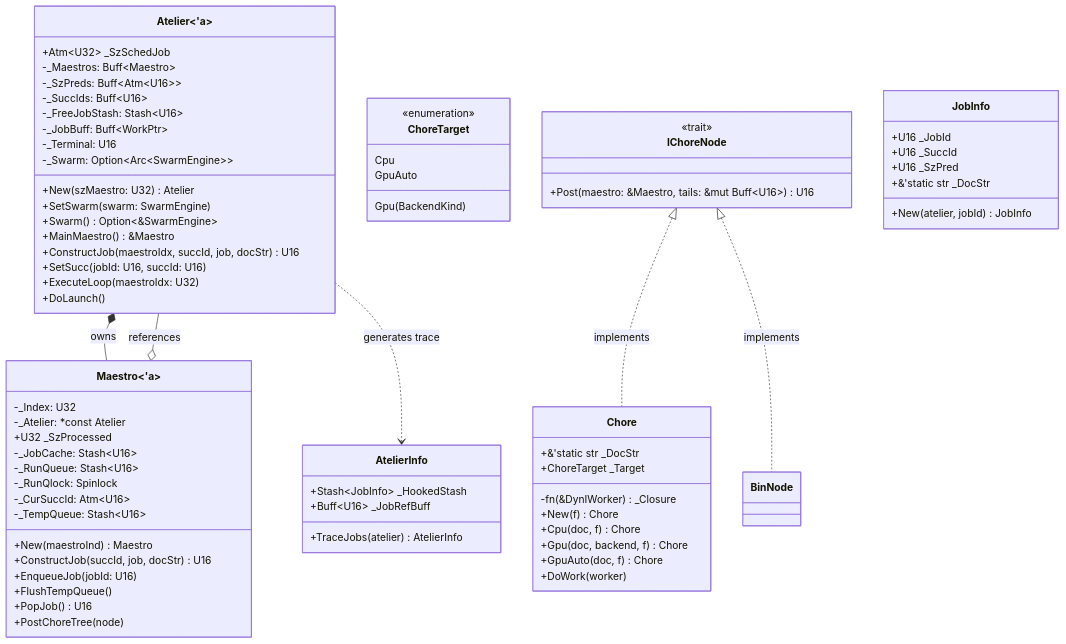
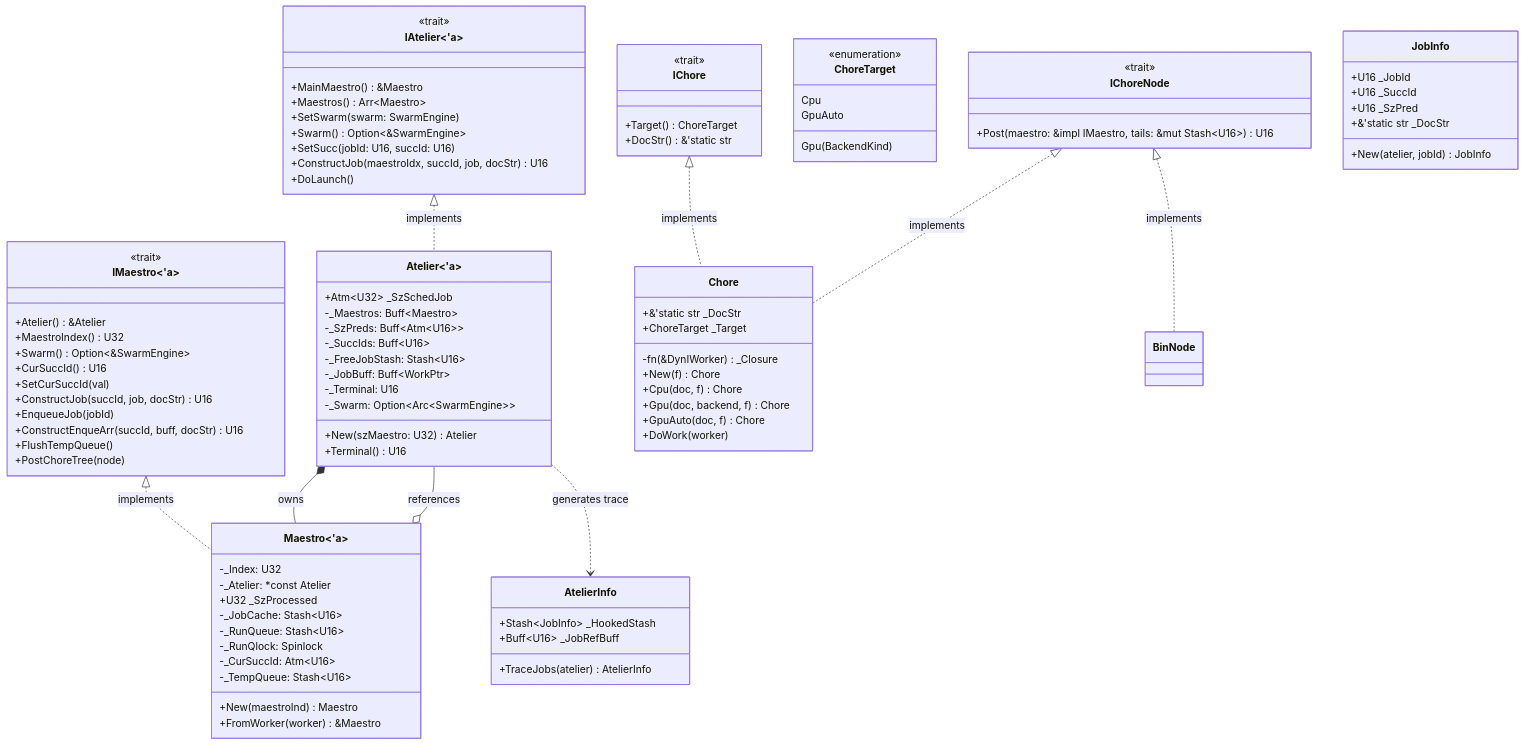
Before and after one commit to jswarup/Kosh: the first of 3 diagrams in wiki/Heist.md, drawn with Mermaid. The commit also changed other lines of this file and 10 other files, not shown here.

Commit message:
Refactor Heist with minimal IAtelier/IMaestro traits, private data members, and modular diagnostics

````diff
--- a/wiki/Heist.md
+++ b/wiki/Heist.md
@@ -15,5 +15,16 @@
 ```mermaid
 classDiagram
+    class IAtelier~'a~ {
+        <<trait>>
+        +MainMaestro() &Maestro
+        +Maestros() Arr~Maestro~
+        +SetSwarm(swarm: SwarmEngine)
+        +Swarm() Option~&SwarmEngine~
+        +SetSucc(jobId: U16, succId: U16)
+        +ConstructJob(maestroIdx, succId, job, docStr) U16
+        +DoLaunch()
+    }
+
     class Atelier~'a~ {
         +Atm~U32~ _SzSchedJob
         -_Maestros: Buff~Maestro~
@@ -24,13 +35,21 @@
         -_Terminal: U16
         -_Swarm: Option~Arc~SwarmEngine~~
         +New(szMaestro: U32) Atelier
-        +SetSwarm(swarm: SwarmEngine)
+        +Terminal() U16
+    }
+
+    class IMaestro~'a~ {
+        <<trait>>
+        +Atelier() &Atelier
+        +MaestroIndex() U32
         +Swarm() Option~&SwarmEngine~
-        +MainMaestro() &Maestro
-        +ConstructJob(maestroIdx, succId, job, docStr) U16
-        +SetSucc(jobId: U16, succId: U16)
-        +ExecuteLoop(maestroIdx: U32)
-        +DoLaunch()
+        +CurSuccId() U16
+        +SetCurSuccId(val)
+        +ConstructJob(succId, job, docStr) U16
+        +EnqueueJob(jobId)
+        +ConstructEnqueArr(succId, buff, docStr) U16
+        +FlushTempQueue()
+        +PostChoreTree(node)
     }
 
     class Maestro~'a~ {
@@ -43,11 +62,13 @@
         -_CurSuccId: Atm~U16~
         -_TempQueue: Stash~U16~
         +New(maestroInd) Maestro
-        +ConstructJob(succId, job, docStr) U16
-        +EnqueueJob(jobId: U16)
-        +FlushTempQueue()
-        +PopJob() U16
-        +PostChoreTree(node)
+        +FromWorker(worker) &Maestro
+    }
+
+    class IChore {
+        <<trait>>
+        +Target() ChoreTarget
+        +DocStr() &'static str
     }
 
     class Chore {
@@ -70,7 +91,7 @@
 
     class IChoreNode {
         <<trait>>
-        +Post(maestro: &Maestro, tails: &mut Buff~U16~) U16
+        +Post(maestro: &impl IMaestro, tails: &mut Stash~U16~) U16
     }
 
     class JobInfo {
@@ -87,6 +108,9 @@
         +TraceJobs(atelier) AtelierInfo
     }
 
+    IAtelier <|.. Atelier : implements
+    IMaestro <|.. Maestro : implements
+    IChore <|.. Chore : implements
     IChoreNode <|.. Chore : implements
     IChoreNode <|.. BinNode : implements
     Atelier *-- Maestro : owns
````
